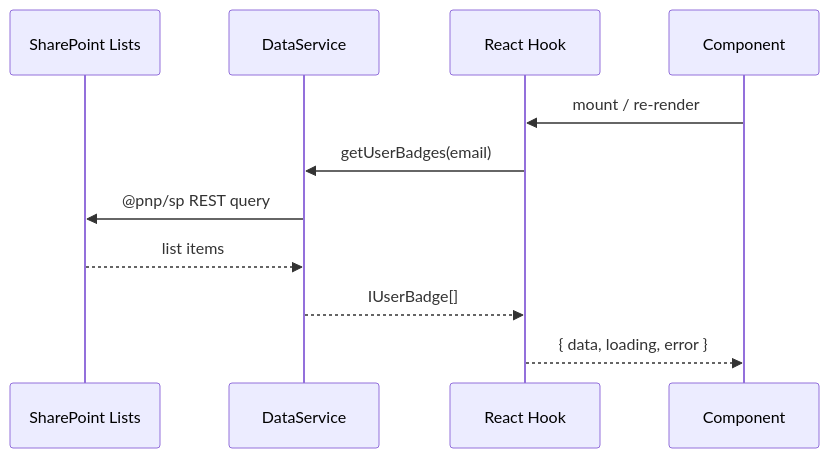
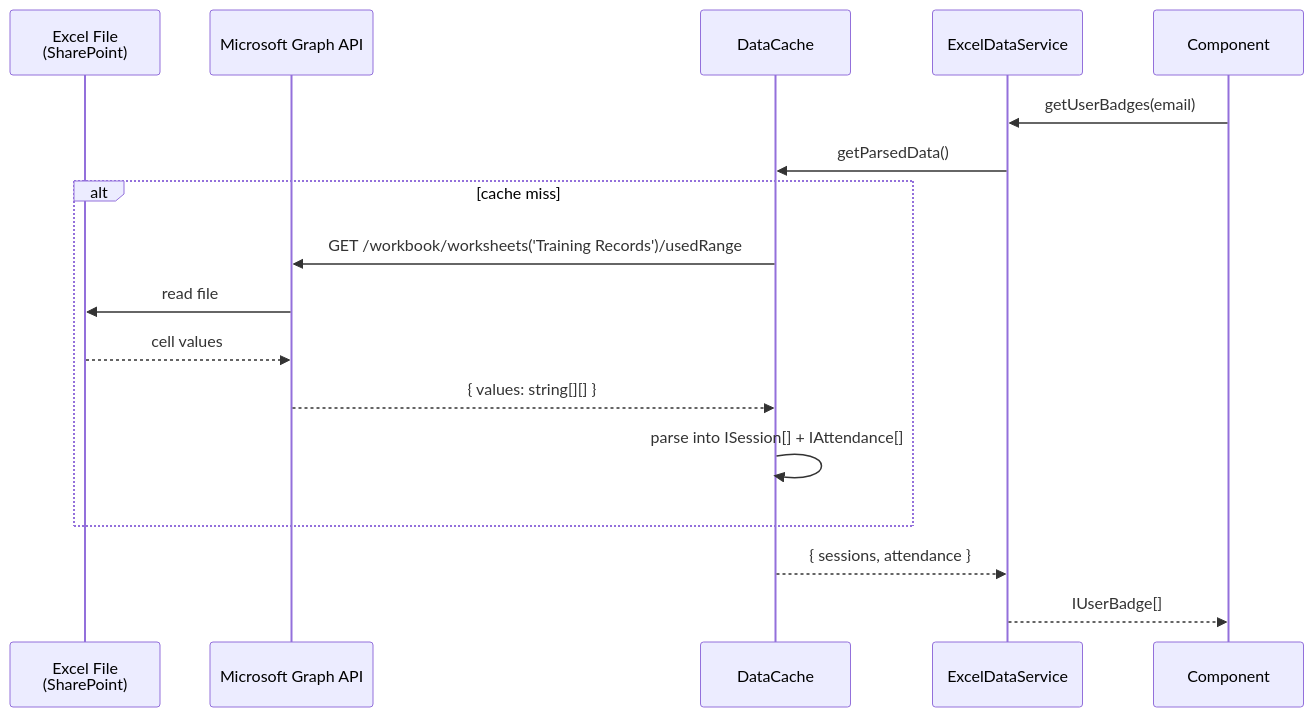
The third of 5 diagrams in docs/architecture.md (aidantrabs/quicksparks), drawn with Mermaid before and after one commit. The commit also changed other lines of this file and 3 other files, not shown here.

Commit message:
docs: update all documentation to reflect excel-based data architecture

````diff
--- a/docs/architecture.md
+++ b/docs/architecture.md
@@ -45,14 +45,20 @@
 ```mermaid
 sequenceDiagram
-    participant SP as SharePoint Lists
-    participant SVC as DataService
-    participant Hook as React Hook
+    participant XL as Excel File<br/>(SharePoint)
+    participant Graph as Microsoft Graph API
+    participant Cache as DataCache
+    participant SVC as ExcelDataService
     participant Comp as Component
 
-    Comp->>Hook: mount / re-render
-    Hook->>SVC: getUserBadges(email)
-    SVC->>SP: @pnp/sp REST query
-    SP-->>SVC: list items
-    SVC-->>Hook: IUserBadge[]
-    Hook-->>Comp: { data, loading, error }
+    Comp->>SVC: getUserBadges(email)
+    SVC->>Cache: getParsedData()
+    alt cache miss
+        Cache->>Graph: GET /workbook/worksheets('Training Records')/usedRange
+        Graph->>XL: read file
+        XL-->>Graph: cell values
+        Graph-->>Cache: { values: string[][] }
+        Cache->>Cache: parse into ISession[] + IAttendance[]
+    end
+    Cache-->>SVC: { sessions, attendance }
+    SVC-->>Comp: IUserBadge[]
 ```
````
